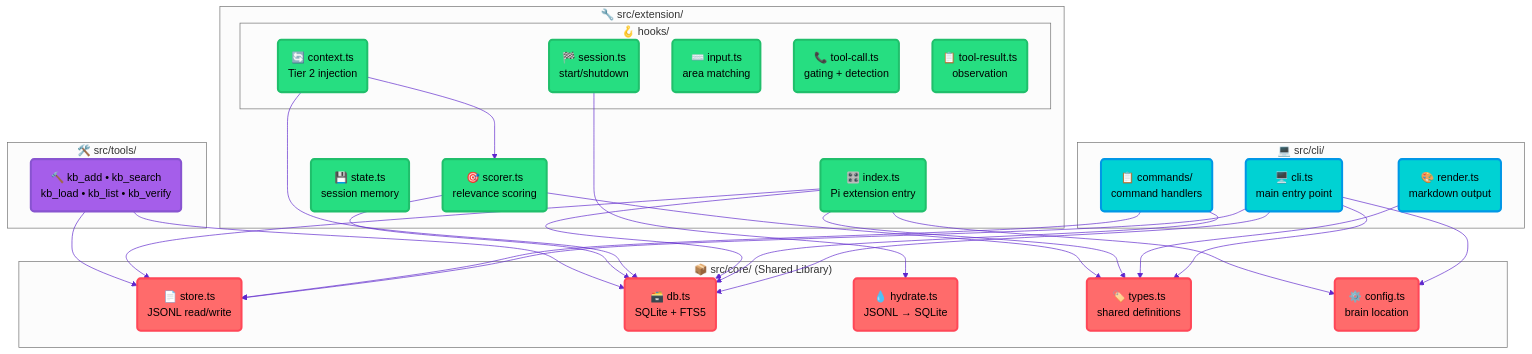
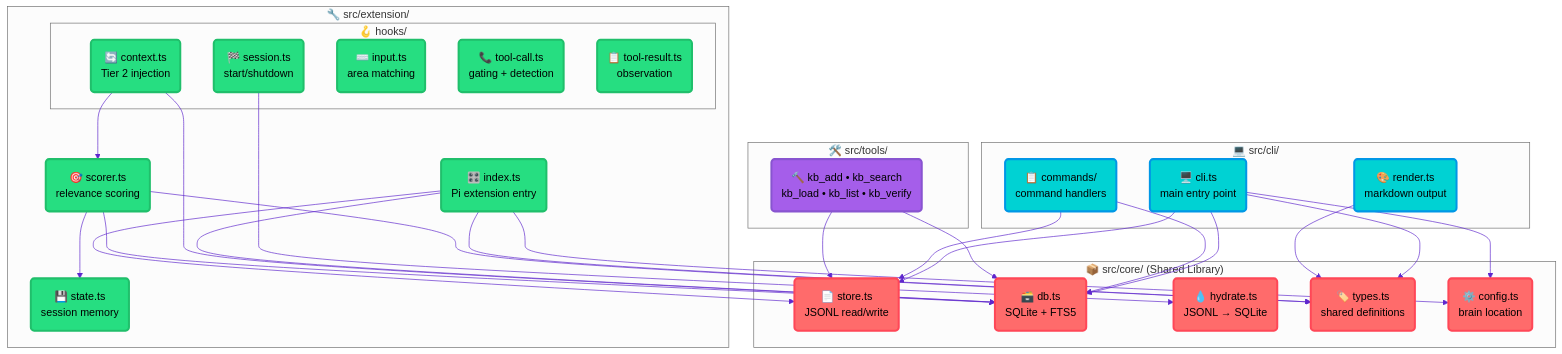
Before and after one commit to vilosource/mykb: the sixth of 8 diagrams in docs/architecture-DIAGRAMS.md, drawn with Mermaid. The commit also changed other lines of this file and 1 other file, not shown here.

First line of the commit message:
docs: fix 4 gaps surfaced by architecture diagrams

```diff
--- a/docs/architecture-DIAGRAMS.md
+++ b/docs/architecture-DIAGRAMS.md
@@ -385,6 +393,7 @@
     CONTEXT --> DB
     SCORER --> DB
     SCORER --> TYPES
+    SCORER --> STATE
     TOOLS --> STORE
     TOOLS --> DB
 
```
